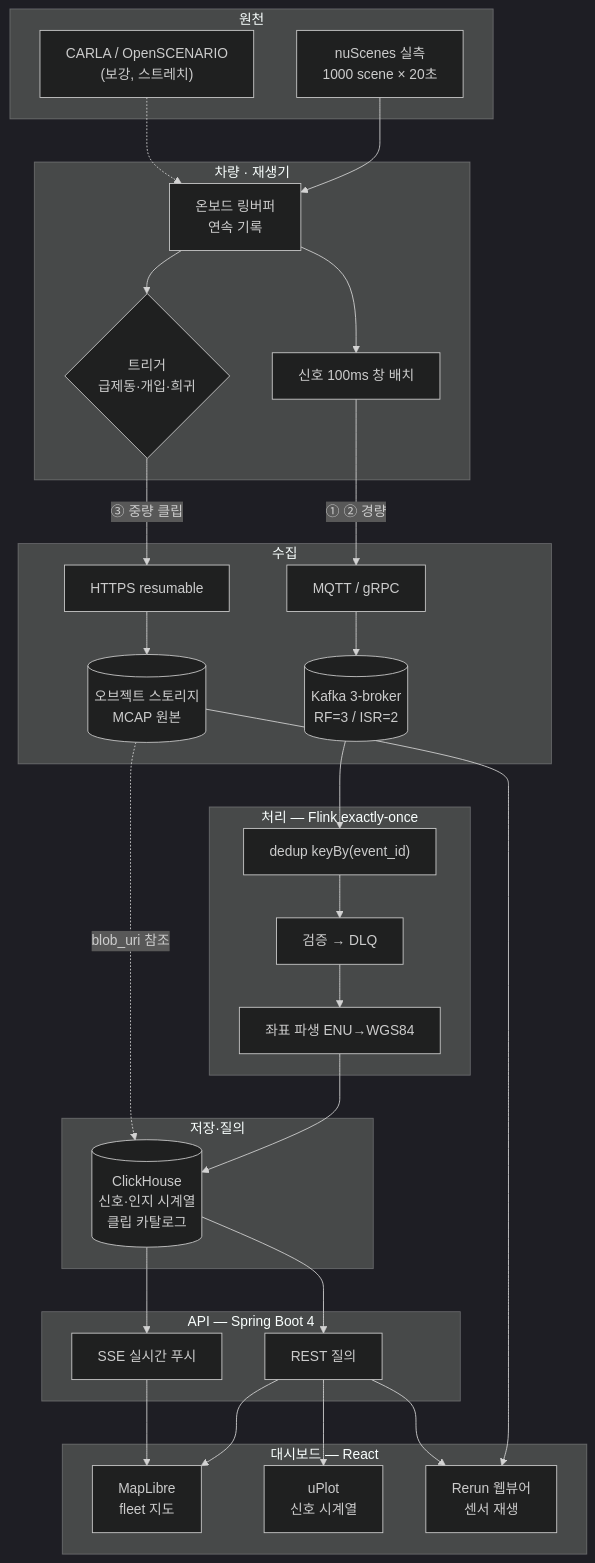
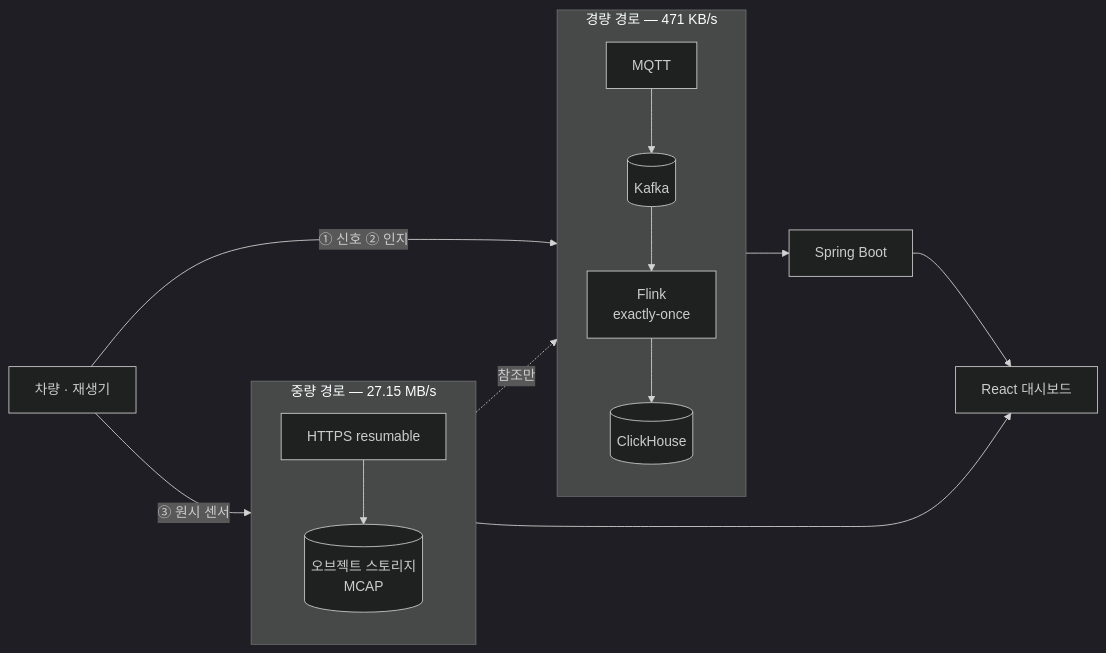
The diagram in docs/sdd.md (lsh1215/FleetSentinel), drawn with Mermaid (dark theme) before and after one commit. The commit also changed other lines of this file, not shown here.

````diff
--- a/docs/sdd.md
+++ b/docs/sdd.md
@@ -56,60 +59,17 @@
 ```mermaid
-flowchart TB
-    subgraph SRC["원천"]
-        NS["nuScenes 실측<br/>1000 scene × 20초"]
-        CA["CARLA / OpenSCENARIO<br/>(보강, 스트레치)"]
+flowchart LR
+    V["차량 · 재생기"]
+    subgraph LIGHT["경량 경로 — 471 KB/s"]
+        direction TB
+        MQ["MQTT"] --> KFK[("Kafka")] --> FL["Flink<br/>exactly-once"] --> CH[("ClickHouse")]
     end
-
-    subgraph EDGE["차량 · 재생기"]
-        RB["온보드 링버퍼<br/>연속 기록"]
-        TR{"트리거<br/>급제동·개입·희귀"}
-        BATCH["신호 100ms 창 배치"]
+    subgraph HEAVY["중량 경로 — 27.15 MB/s"]
+        direction TB
+        UP["HTTPS resumable"] --> OBJ[("오브젝트 스토리지<br/>MCAP")]
     end
-
-    subgraph INGEST["수집"]
-        MQ["MQTT / gRPC"]
-        UP["HTTPS resumable"]
-        KFK[("Kafka 3-broker<br/>RF=3 / ISR=2")]
-        OBJ[("오브젝트 스토리지<br/>MCAP 원본")]
-    end
-
-    subgraph PROC["처리 — Flink exactly-once"]
-        DED["dedup keyBy(event_id)"]
-        VAL["검증 → DLQ"]
-        ENR["좌표 파생 ENU→WGS84"]
-    end
-
-    subgraph STORE["저장·질의"]
-        CH[("ClickHouse<br/>신호·인지 시계열<br/>클립 카탈로그")]
-    end
-
-    subgraph API["API — Spring Boot 4"]
-        REST["REST 질의"]
-        SSE["SSE 실시간 푸시"]
-    end
-
-    subgraph UI["대시보드 — React"]
-        MAP["MapLibre<br/>fleet 지도"]
-        CHART["uPlot<br/>신호 시계열"]
-        RR["Rerun 웹뷰어<br/>센서 재생"]
-    end
-
-    NS --> RB
-    CA -.-> RB
-    RB --> BATCH
-    RB --> TR
-    BATCH -->|"① ② 경량"| MQ
-    TR -->|"③ 중량 클립"| UP
-    MQ --> KFK
-    UP --> OBJ
-    KFK --> DED --> VAL --> ENR
-    ENR --> CH
-    OBJ -.->|blob_uri 참조| CH
-    CH --> REST
-    CH --> SSE
-    REST --> MAP
-    REST --> CHART
-    SSE --> MAP
-    OBJ --> RR
-    REST --> RR
+    V -->|"① 신호 ② 인지"| MQ
+    V -->|"③ 원시 센서"| UP
+    OBJ -.->|"참조만"| KFK
+    CH --> API["Spring Boot"] --> UI["React 대시보드"]
+    OBJ --> UI
 ```
````
